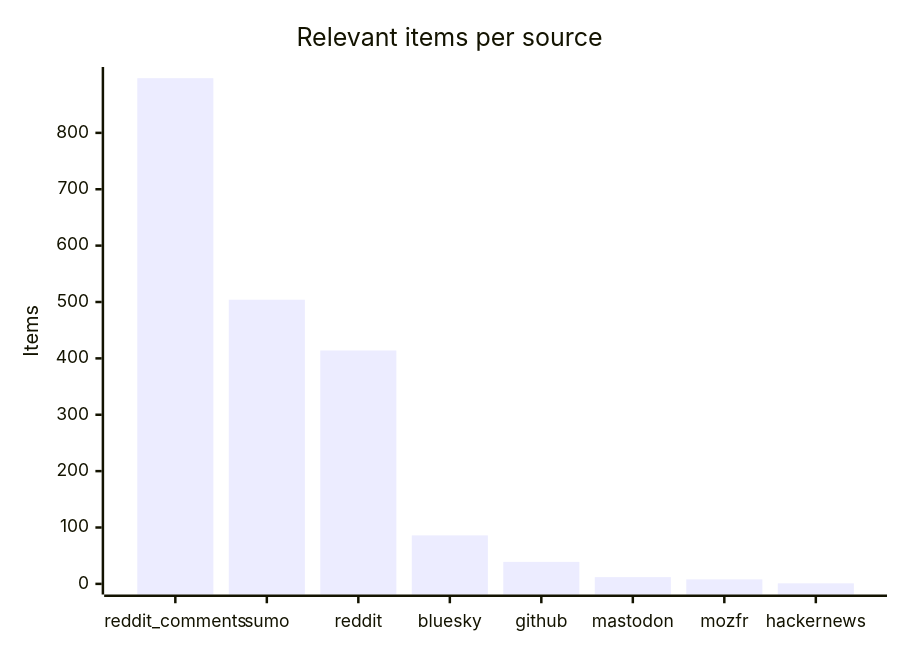
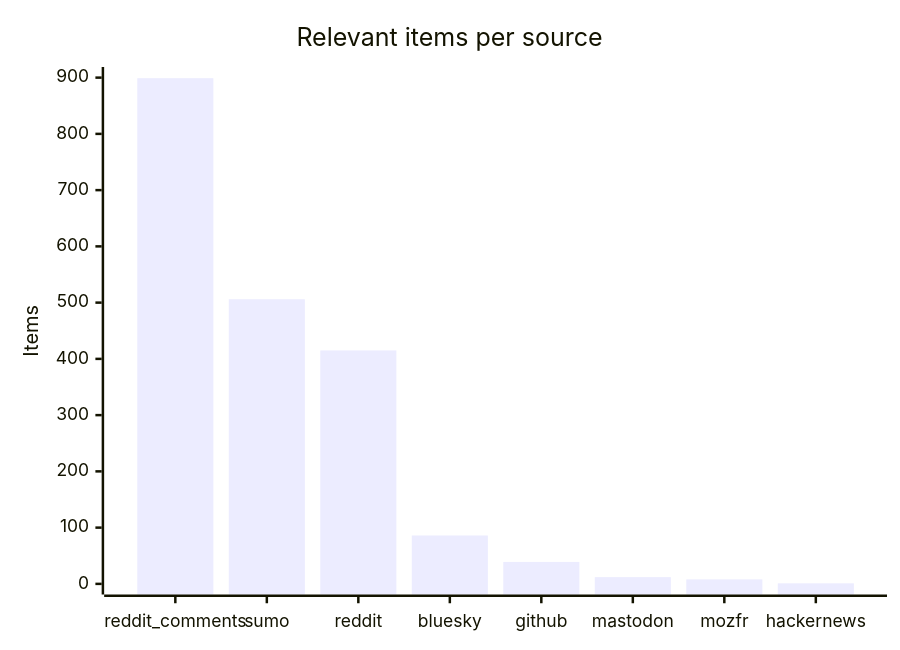
One commit to martinbalfanz/social-scanner-reports changed the third of 4 diagrams in README.md. Above: the diagram before and after it, drawn with Mermaid. The commit also changed other lines of this file and 4 other files, not shown here.

````diff
--- a/README.md
+++ b/README.md
@@ -48,7 +48,7 @@
 ```mermaid
 xychart-beta
     title "Relevant items per source"
     x-axis ["reddit_comments", "sumo", "reddit", "bluesky", "github", "mastodon", "mozfr", "hackernews"]
-    y-axis "Items" 0 --> 898
-    bar [897, 504, 414, 86, 39, 12, 8, 1]
+    y-axis "Items" 0 --> 900
+    bar [899, 506, 415, 86, 39, 12, 8, 1]
 ```
````
